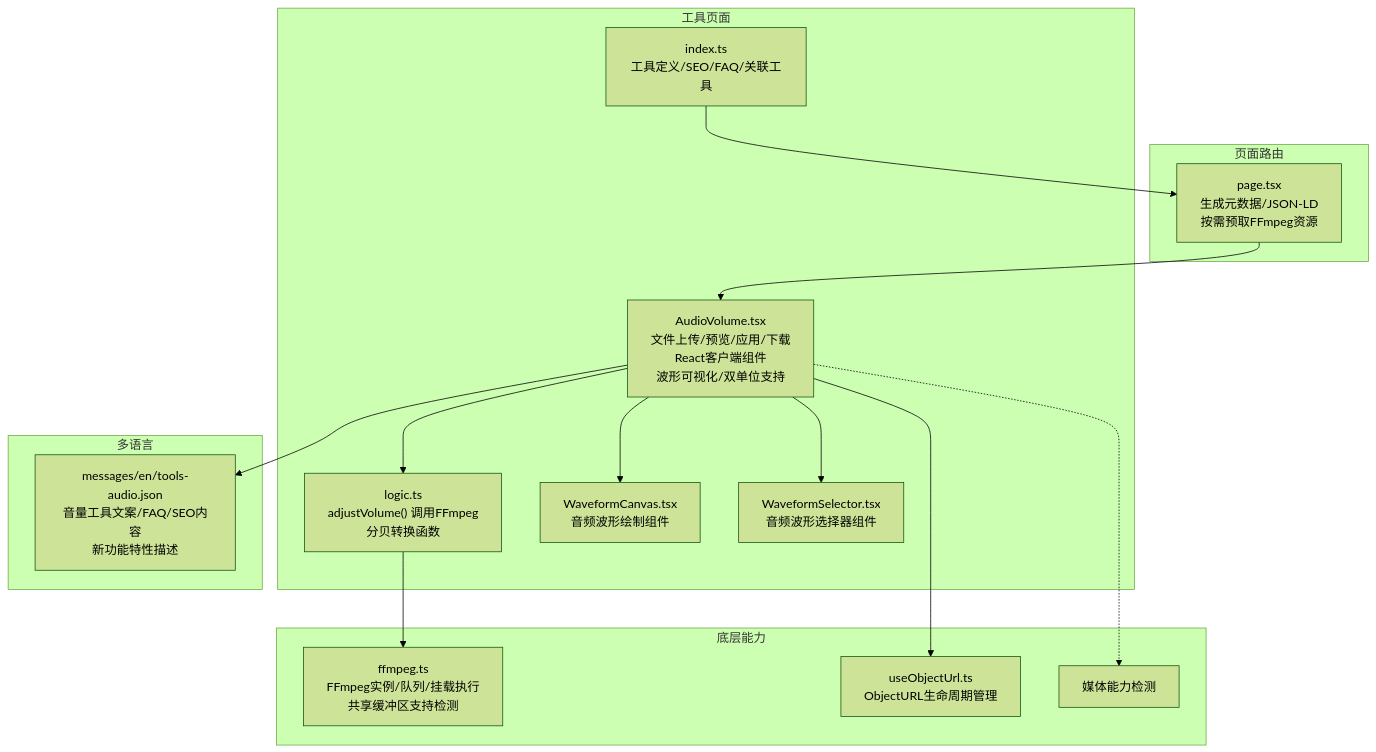
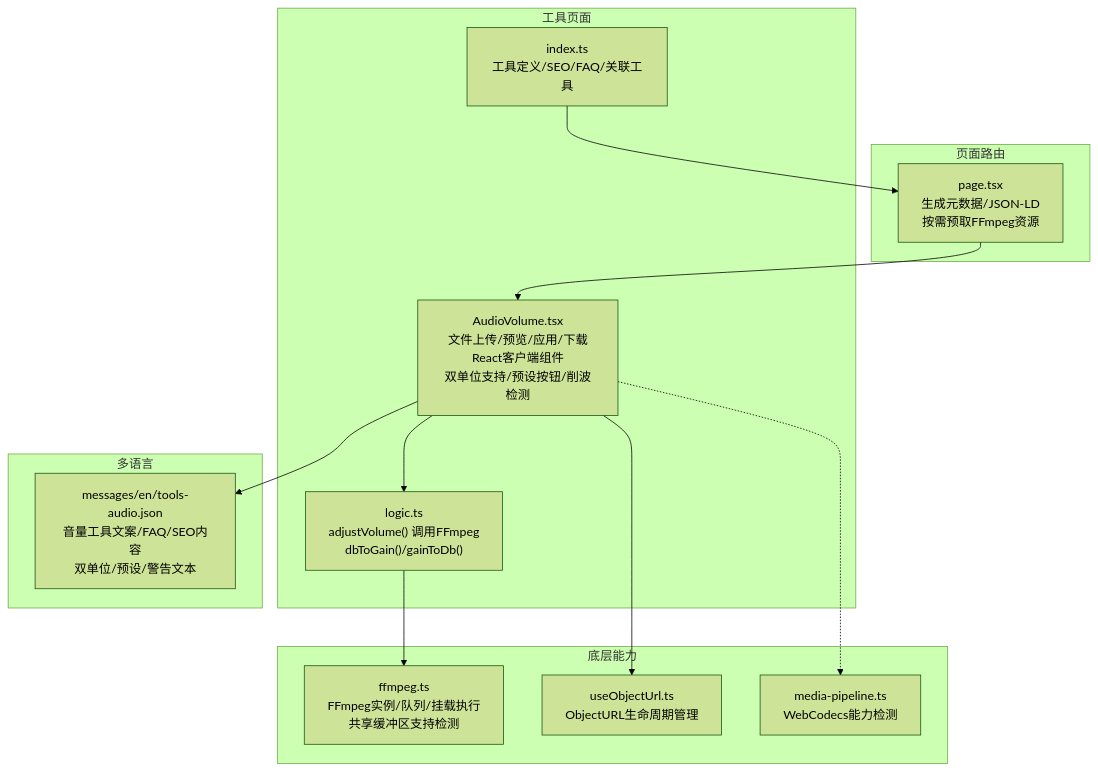
One commit to sgyy/privadeck changed the first of 7 diagrams in .qoder/repowiki/zh/content/音频工具/音量调节.md. Above: the diagram before and after it, drawn with Mermaid (forest theme). The commit also changed other lines of this file and 48 other files, not shown here.

````diff
--- a/.qoder/repowiki/zh/content/音频工具/音量调节.md
+++ b/.qoder/repowiki/zh/content/音频工具/音量调节.md
@@ -62,30 +57,26 @@
 ```mermaid
 graph TB
 subgraph "页面路由"
 Page["page.tsx<br/>生成元数据/JSON-LD<br/>按需预取FFmpeg资源"]
 end
 subgraph "工具页面"
-Client["AudioVolume.tsx<br/>文件上传/预览/应用/下载<br/>React客户端组件<br/>波形可视化/双单位支持"]
-Logic["logic.ts<br/>adjustVolume() 调用FFmpeg<br/>分贝转换函数"]
+Client["AudioVolume.tsx<br/>文件上传/预览/应用/下载<br/>React客户端组件<br/>双单位支持/预设按钮/削波检测"]
+Logic["logic.ts<br/>adjustVolume() 调用FFmpeg<br/>dbToGain()/gainToDb()"]
 Index["index.ts<br/>工具定义/SEO/FAQ/关联工具"]
-Waveform["WaveformCanvas.tsx<br/>音频波形绘制组件"]
-WaveformSelector["WaveformSelector.tsx<br/>音频波形选择器组件"]
 end
 subgraph "底层能力"
 FFmpegLib["ffmpeg.ts<br/>FFmpeg实例/队列/挂载执行<br/>共享缓冲区支持检测"]
 ObjUrl["useObjectUrl.ts<br/>ObjectURL生命周期管理"]
-MediaPipe["媒体能力检测"]
+MediaPipe["media-pipeline.ts<br/>WebCodecs能力检测"]
 end
 subgraph "多语言"
-I18N["messages/en/tools-audio.json<br/>音量工具文案/FAQ/SEO内容<br/>新功能特性描述"]
+I18N["messages/en/tools-audio.json<br/>音量工具文案/FAQ/SEO内容<br/>双单位/预设/警告文本"]
 end
 Page --> Client
 Client --> Logic
 Client --> ObjUrl
-Client --> Waveform
-Client --> WaveformSelector
 Logic --> FFmpegLib
 Client --> I18N
 Index --> Page
 Client -.-> MediaPipe
 ```
````
